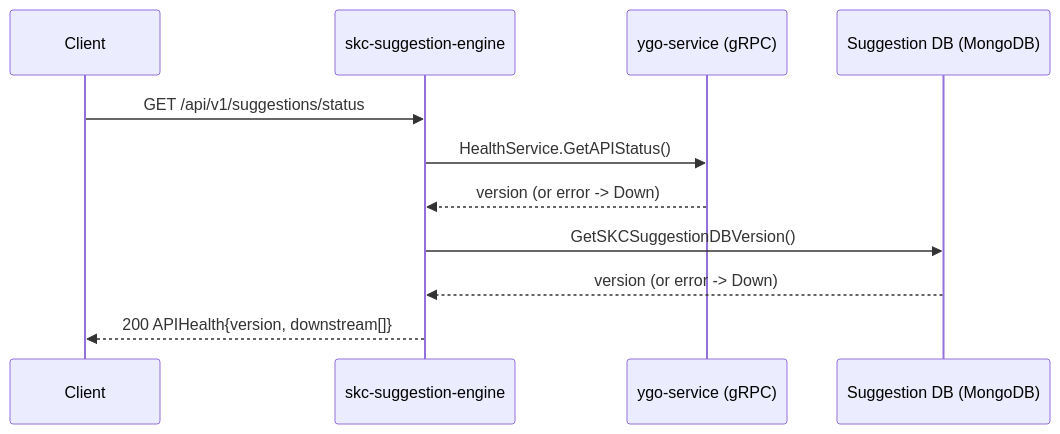
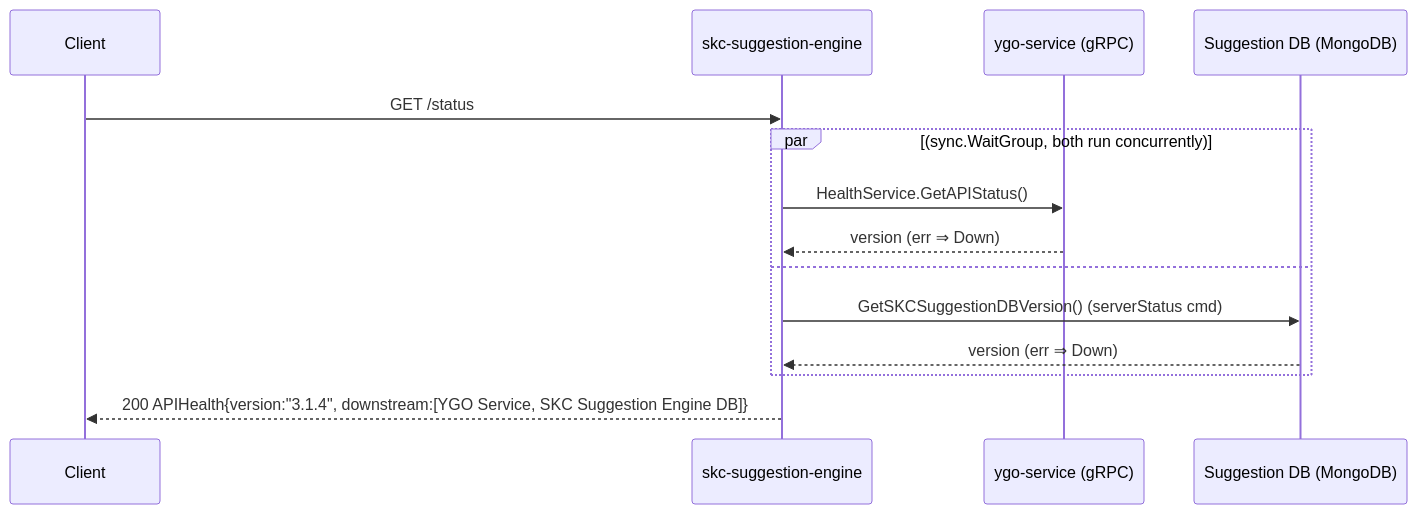
One commit to ygo-skc/skc-suggestion-engine changed the first of 14 diagrams in SYSTEM_DESIGN.md. Above: the diagram before and after it, drawn with Mermaid. The commit also changed other lines of this file, not shown here.

````diff
--- a/SYSTEM_DESIGN.md
+++ b/SYSTEM_DESIGN.md
@@ -9,14 +155,17 @@
 ```mermaid
 sequenceDiagram
     participant Client
     participant API as skc-suggestion-engine
     participant YGO as ygo-service (gRPC)
     participant DB as Suggestion DB (MongoDB)
 
-    Client->>API: GET /api/v1/suggestions/status
-    API->>YGO: HealthService.GetAPIStatus()
-    YGO-->>API: version (or error -> Down)
-    API->>DB: GetSKCSuggestionDBVersion()
-    DB-->>API: version (or error -> Down)
-    API-->>Client: 200 APIHealth{version, downstream[]}
+    Client->>API: GET /status
+    par (sync.WaitGroup, both run concurrently)
+        API->>YGO: HealthService.GetAPIStatus()
+        YGO-->>API: version (err ⇒ Down)
+    and
+        API->>DB: GetSKCSuggestionDBVersion()  (serverStatus cmd)
+        DB-->>API: version (err ⇒ Down)
+    end
+    API-->>Client: 200 APIHealth{version:"3.1.4", downstream:[YGO Service, SKC Suggestion Engine DB]}
 ```
````
